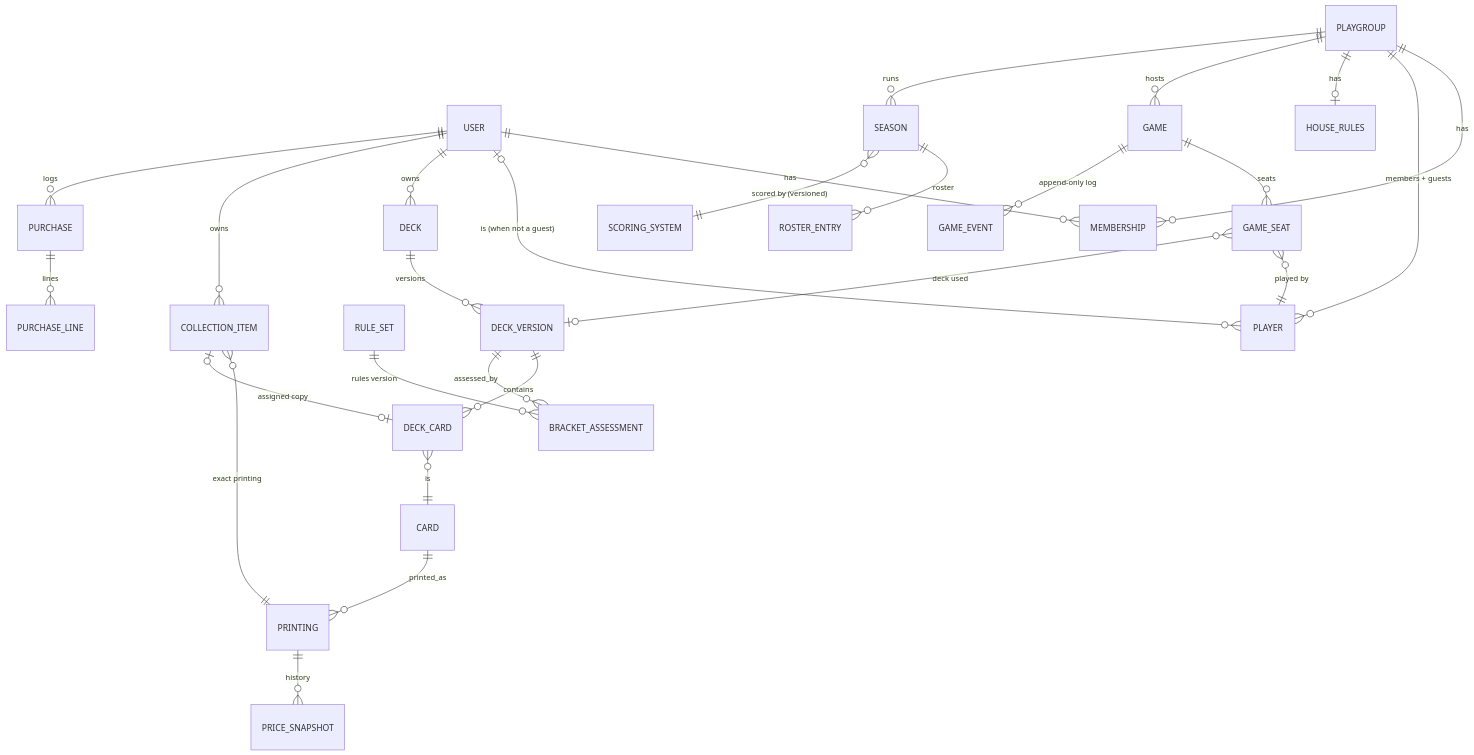
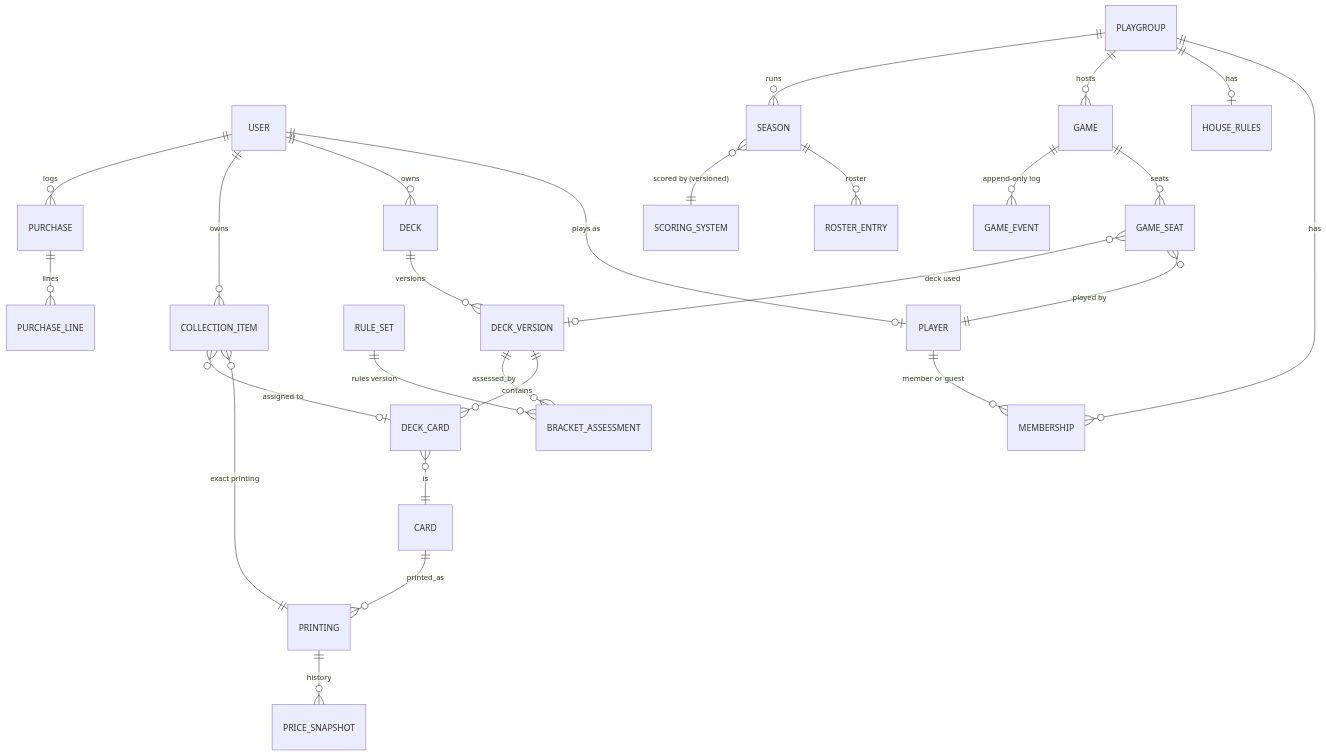
The fifth of 5 diagrams in docs/architecture.md (Rocket-Racoon/mtg-stats), drawn with Mermaid before and after one commit. The commit also changed other lines of this file and 9 other files, not shown here.

First line of the commit message:
docs: address PR #448 review (error envelope, domain graph, guardrails)

````diff
--- a/docs/architecture.md
+++ b/docs/architecture.md
@@ -220,29 +266,28 @@
 ```mermaid
 erDiagram
-  USER ||--o{ MEMBERSHIP : has
+  USER ||--o| PLAYER : "plays as"
+  PLAYER ||--o{ MEMBERSHIP : "member or guest"
   PLAYGROUP ||--o{ MEMBERSHIP : has
-  PLAYGROUP ||--o{ PLAYER : "members + guests"
-  USER |o--o{ PLAYER : "is (when not a guest)"
   PLAYGROUP ||--o| HOUSE_RULES : has
   USER ||--o{ DECK : owns
   DECK ||--o{ DECK_VERSION : versions
   DECK_VERSION ||--o{ DECK_CARD : contains
   CARD ||--o{ PRINTING : printed_as
   DECK_CARD }o--|| CARD : "is"
   DECK_VERSION ||--o{ BRACKET_ASSESSMENT : assessed_by
   RULE_SET ||--o{ BRACKET_ASSESSMENT : "rules version"
   PLAYGROUP ||--o{ GAME : hosts
   GAME ||--o{ GAME_SEAT : seats
   GAME ||--o{ GAME_EVENT : "append-only log"
   GAME_SEAT }o--|| PLAYER : "played by"
   GAME_SEAT }o--o| DECK_VERSION : "deck used"
   USER ||--o{ COLLECTION_ITEM : owns
   COLLECTION_ITEM }o--|| PRINTING : "exact printing"
-  COLLECTION_ITEM |o--o| DECK_CARD : "assigned copy"
+  COLLECTION_ITEM }o--o| DECK_CARD : "assigned to"
   USER ||--o{ PURCHASE : logs
   PURCHASE ||--o{ PURCHASE_LINE : lines
   PRINTING ||--o{ PRICE_SNAPSHOT : history
   PLAYGROUP ||--o{ SEASON : runs
   SEASON ||--o{ ROSTER_ENTRY : roster
   SEASON }o--|| SCORING_SYSTEM : "scored by (versioned)"
 ```
````
